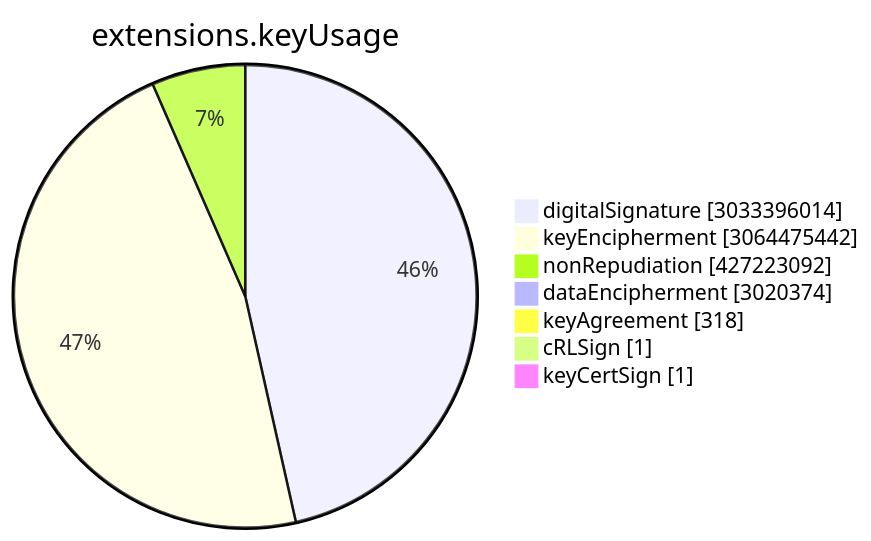
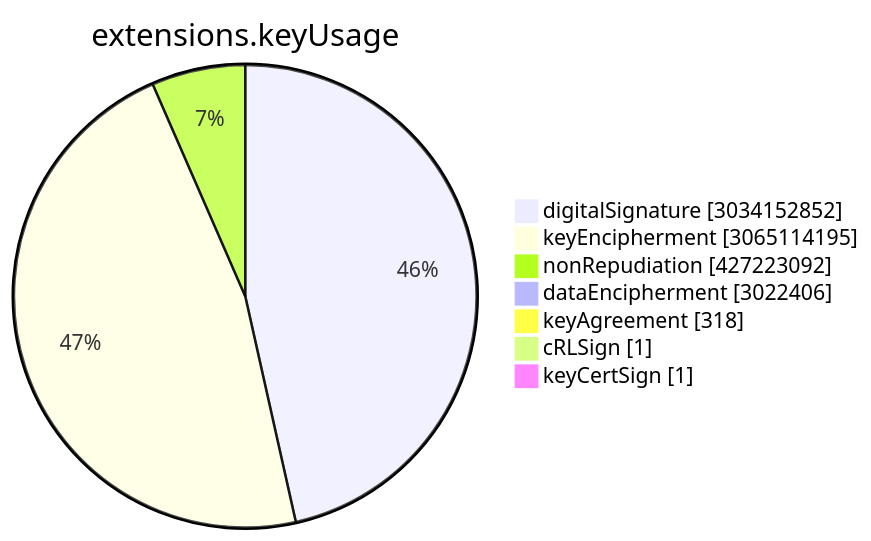
One commit to christiankrug/ctmonitor_visualization changed the sixth of 15 diagrams in TOTAL/README.md. Above: the diagram before and after it, drawn with Mermaid. The commit also changed other lines of this file, not shown here.

````diff
--- a/TOTAL/README.md
+++ b/TOTAL/README.md
@@ -3075,11 +3075,11 @@
 ```mermaid
 pie showData
 title extensions.keyUsage
-"digitalSignature" :3033396014
-"keyEncipherment" :3064475442
+"digitalSignature" :3034152852
+"keyEncipherment" :3065114195
 "nonRepudiation" :427223092
-"dataEncipherment" :3020374
+"dataEncipherment" :3022406
 "keyAgreement" :318
 "cRLSign" :1
 "keyCertSign" :1
 ```
````
